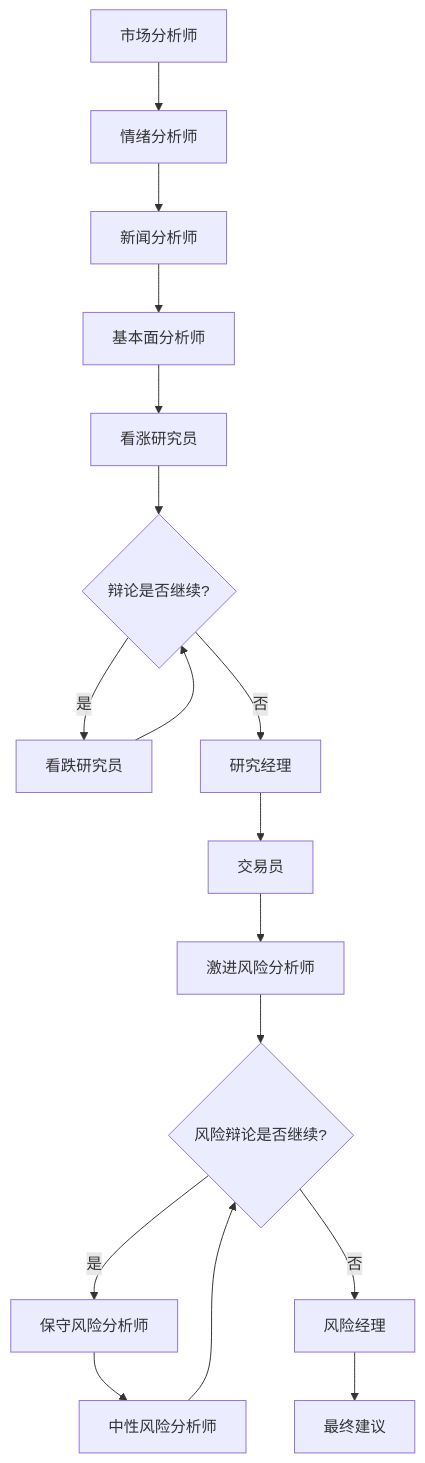
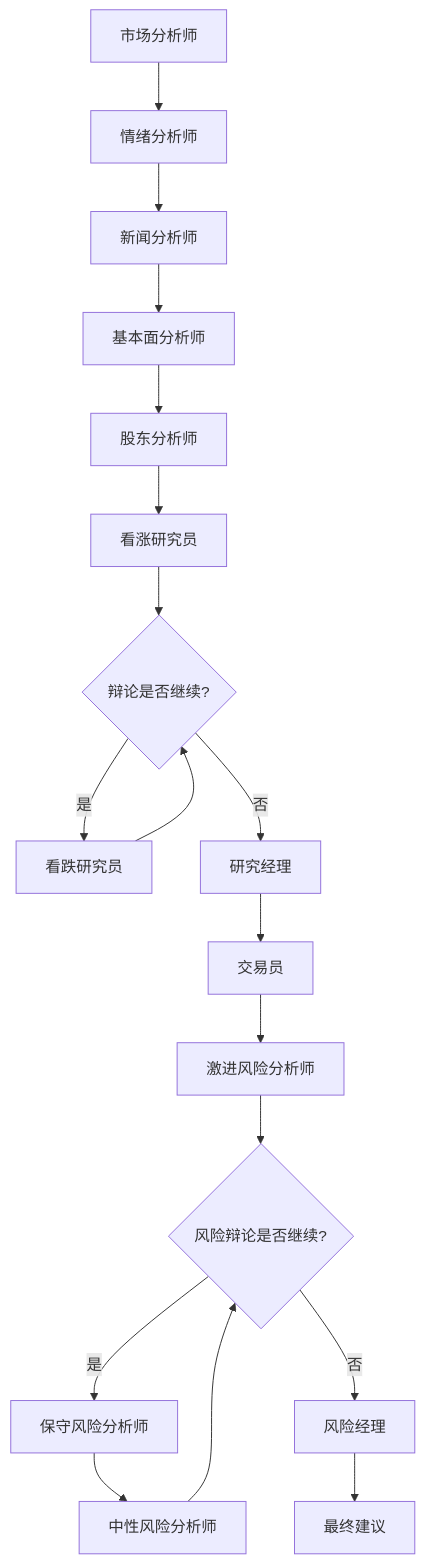
One commit to guangxiangdebizi/TradingAgents-MCPmode changed the diagram in README.md. Above: the diagram before and after it, drawn with Mermaid. The commit also changed other lines of this file and 10 other files, not shown here.

````diff
--- a/README.md
+++ b/README.md
@@ -54,19 +55,20 @@
 ```mermaid
 graph TD
     A[市场分析师] --> B[情绪分析师]
     B --> C[新闻分析师]
     C --> D[基本面分析师]
-    D --> E[看涨研究员]
-    E --> F{辩论是否继续?}
-    F -->|是| G[看跌研究员]
-    G --> F
-    F -->|否| H[研究经理]
-    H --> I[交易员]
-    I --> J[激进风险分析师]
-    J --> K{风险辩论是否继续?}
-    K -->|是| L[保守风险分析师]
-    L --> M[中性风险分析师]
-    M --> K
-    K -->|否| N[风险经理]
-    N --> O[最终建议]
+    D --> E[股东分析师]
+    E --> F[看涨研究员]
+    F --> G{辩论是否继续?}
+    G -->|是| H[看跌研究员]
+    H --> G
+    G -->|否| I[研究经理]
+    I --> J[交易员]
+    J --> K[激进风险分析师]
+    K --> L{风险辩论是否继续?}
+    L -->|是| M[保守风险分析师]
+    M --> N[中性风险分析师]
+    N --> L
+    L -->|否| O[风险经理]
+    O --> P[最终建议]
 ```
````
